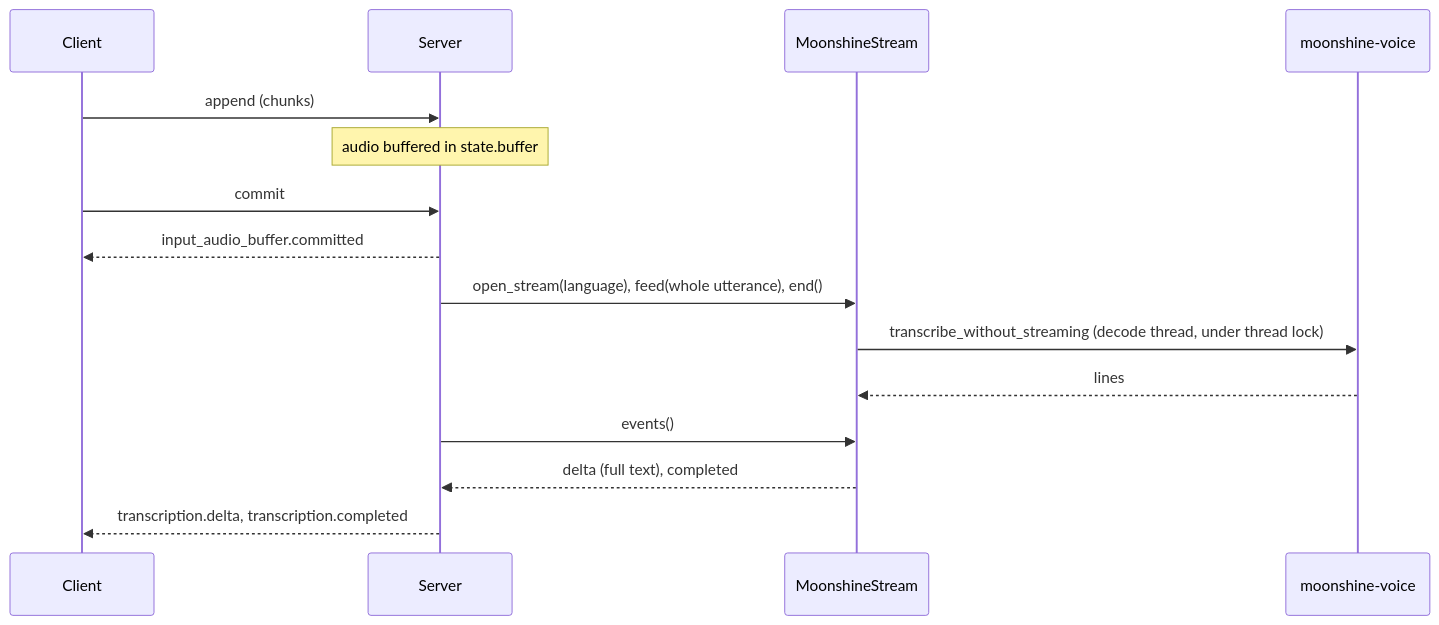
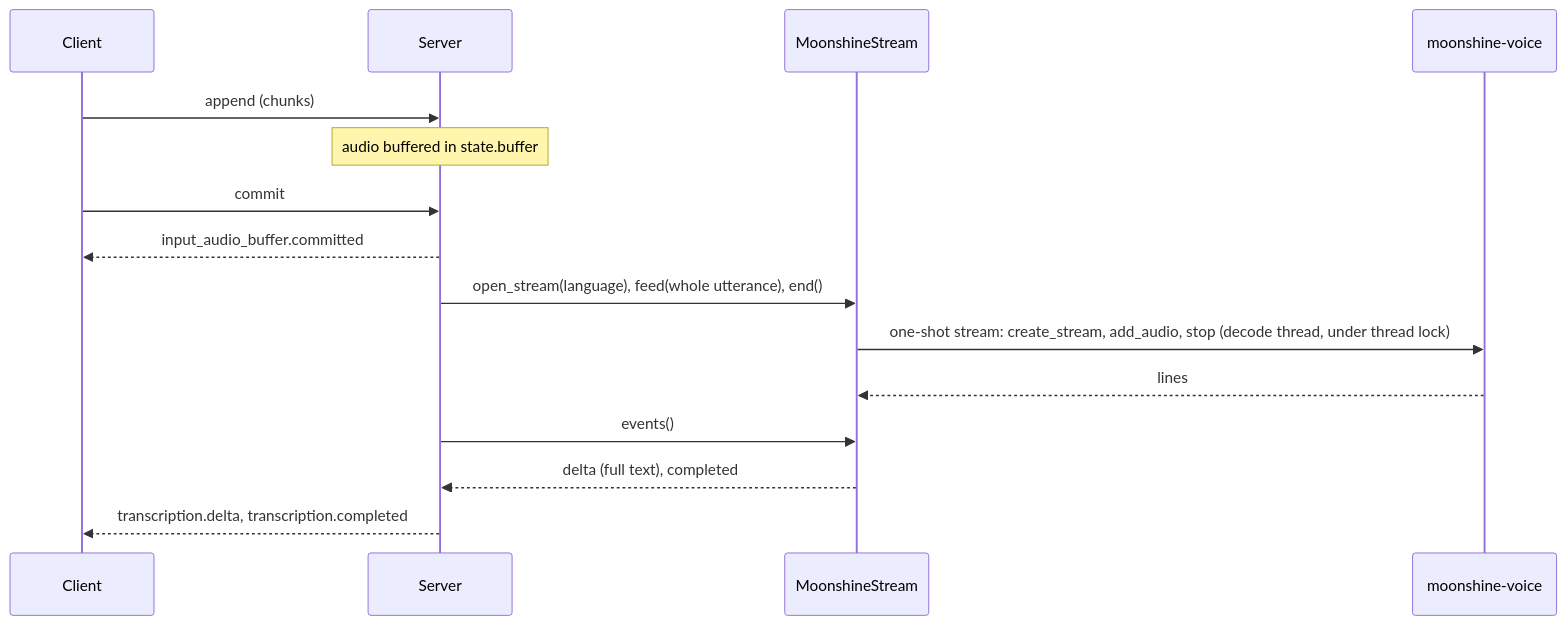
One commit to vr000m/pipecat-local-stt-server changed the third of 3 diagrams in docs/dev_plans/20261114-feature-moonshine-backend.md. Above: the diagram before and after it, drawn with Mermaid. The commit also changed other lines of this file and 16 other files, not shown here.

````diff
--- a/docs/dev_plans/20261114-feature-moonshine-backend.md
+++ b/docs/dev_plans/20261114-feature-moonshine-backend.md
@@ -217,17 +218,17 @@
 ```mermaid
 sequenceDiagram
     participant C as Client
     participant S as Server
     participant B as MoonshineStream
     participant R as moonshine-voice
     C->>S: append (chunks)
     Note over S: audio buffered in state.buffer
     C->>S: commit
     S-->>C: input_audio_buffer.committed
     S->>B: open_stream(language), feed(whole utterance), end()
-    B->>R: transcribe_without_streaming (decode thread, under thread lock)
+    B->>R: one-shot stream: create_stream, add_audio, stop (decode thread, under thread lock)
     R-->>B: lines
     S->>B: events()
     B-->>S: delta (full text), completed
     S-->>C: transcription.delta, transcription.completed
 ```
````
